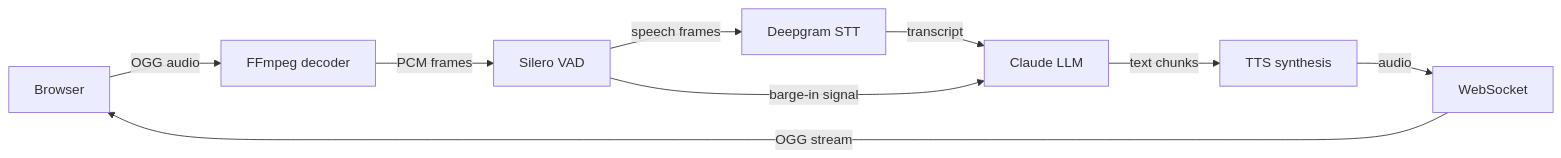
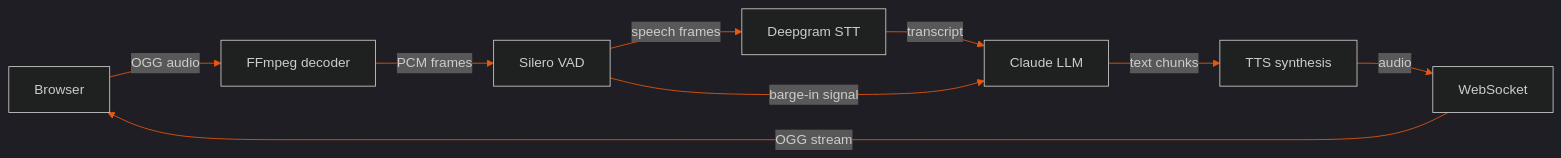
Before and after one commit to ChunkyTortoise/technova-voice-bot: the diagram in README.md, drawn with Mermaid. The commit also changed other lines of this file, not shown here.

Commit message:
docs: apply Waveform Orange badge colors and Mermaid theme

````diff
--- a/README.md
+++ b/README.md
@@ -17,11 +17,12 @@
 ```mermaid
+%%{init: {'theme': 'dark', 'themeVariables': {'primaryColor': '#EA580C', 'primaryBorderColor': '#C2410C', 'primaryTextColor': '#E2E8F0', 'lineColor': '#EA580C'}}}%%
 graph LR
   A[Browser] -->|OGG audio| B[FFmpeg decoder]
   B -->|PCM frames| C[Silero VAD]
   C -->|speech frames| D[Deepgram STT]
   D -->|transcript| E[Claude LLM]
   E -->|text chunks| F[TTS synthesis]
   F -->|audio| G[WebSocket]
   G -->|OGG stream| A
   C -->|barge-in signal| E
 ```
````
